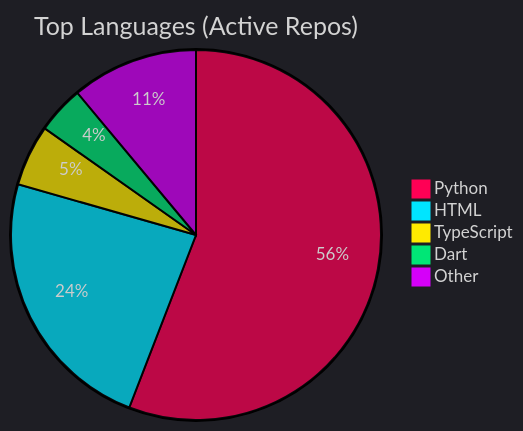
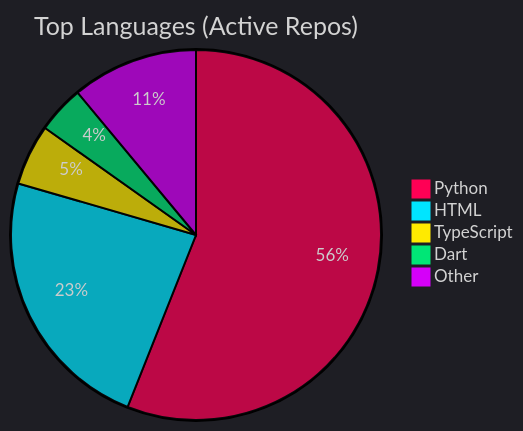
The diagram in README.md (Nzettodess/Nzettodess), drawn with Mermaid before and after one commit. The commit also changed other lines of this file, not shown here.

Commit message:
Update recent activity [skip ci]

````diff
--- a/README.md
+++ b/README.md
@@ -35,9 +35,9 @@
 ```mermaid
 %%{init: {'theme': 'dark', 'themeVariables': { 'pie1': '#FF0055', 'pie2': '#00E5FF', 'pie3': '#FFEA00', 'pie4': '#00E676', 'pie5': '#D500F9' }}}%%
 pie title Top Languages (Active Repos)
-    "Python" : 55.88
-    "HTML" : 23.55
-    "TypeScript" : 5.35
-    "Dart" : 4.16
-    "Other" : 11.07
+    "Python" : 56.03
+    "HTML" : 23.47
+    "TypeScript" : 5.33
+    "Dart" : 4.14
+    "Other" : 11.04
 ```
````
